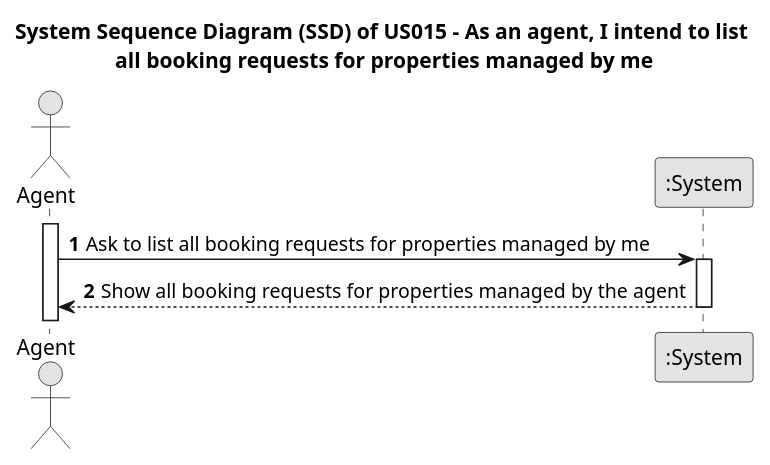
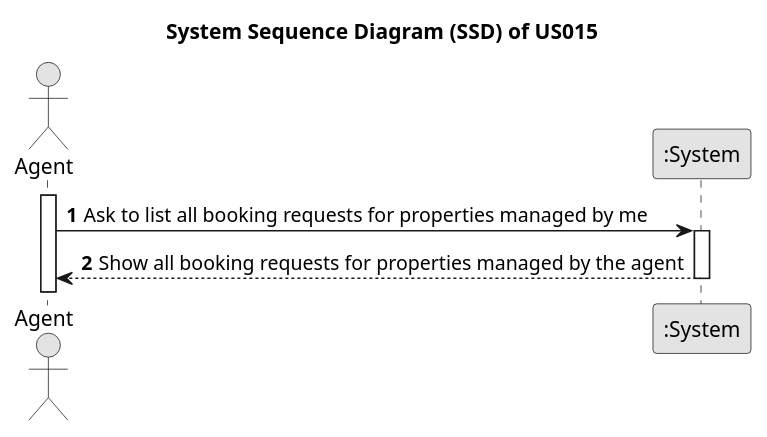
The diagram in docs/sprintD/us015/01.requirements-engineering/puml/us015-system-sequence-diagram.puml (Goncalves2525/real-estate-management-system), drawn with PlantUML before and after one commit. The commit also changed 59 other files, not shown here.

```diff
--- a/docs/sprintD/us015/01.requirements-engineering/puml/us015-system-sequence-diagram.puml
+++ b/docs/sprintD/us015/01.requirements-engineering/puml/us015-system-sequence-diagram.puml
@@ -1,21 +1,22 @@
 @startuml
 skinparam monochrome true
 skinparam packageStyle rectangle
 skinparam shadowing false
 
-title System Sequence Diagram (SSD) of US015 - As an agent, I intend to list \nall booking requests for properties managed by me
+title System Sequence Diagram (SSD) of US015
+
 autonumber
 
 actor "Agent" as Agent
 participant ":System" as System
 
 activate Agent
 
 
     Agent -> System : Ask to list all booking requests for properties managed by me
         activate System
 
         System --> Agent : Show all booking requests for properties managed by the agent
     deactivate System
 
 @enduml
```
